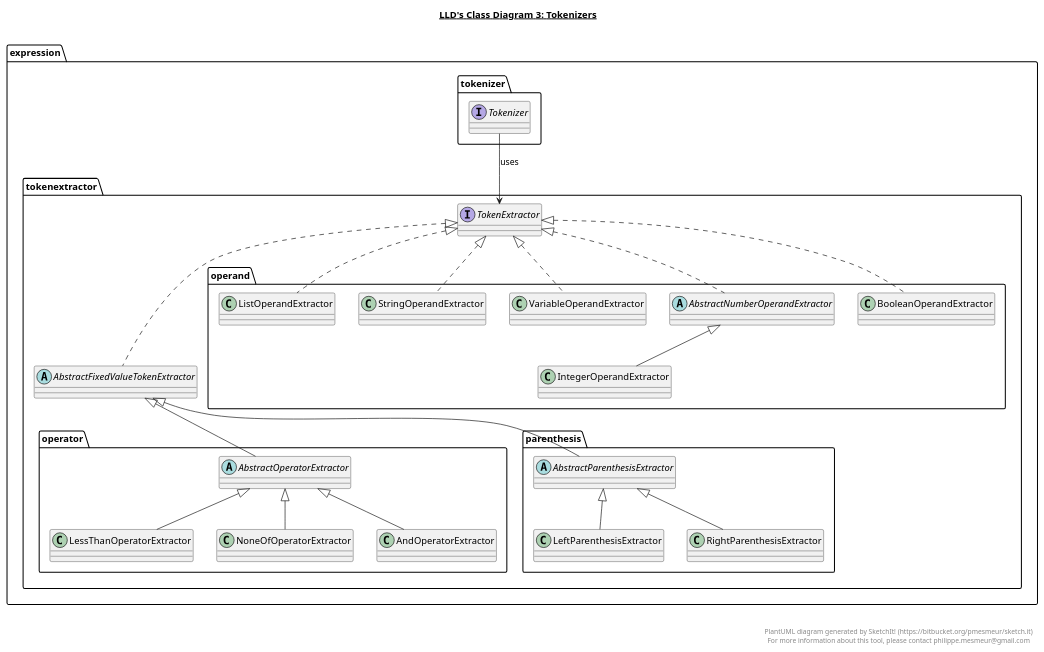
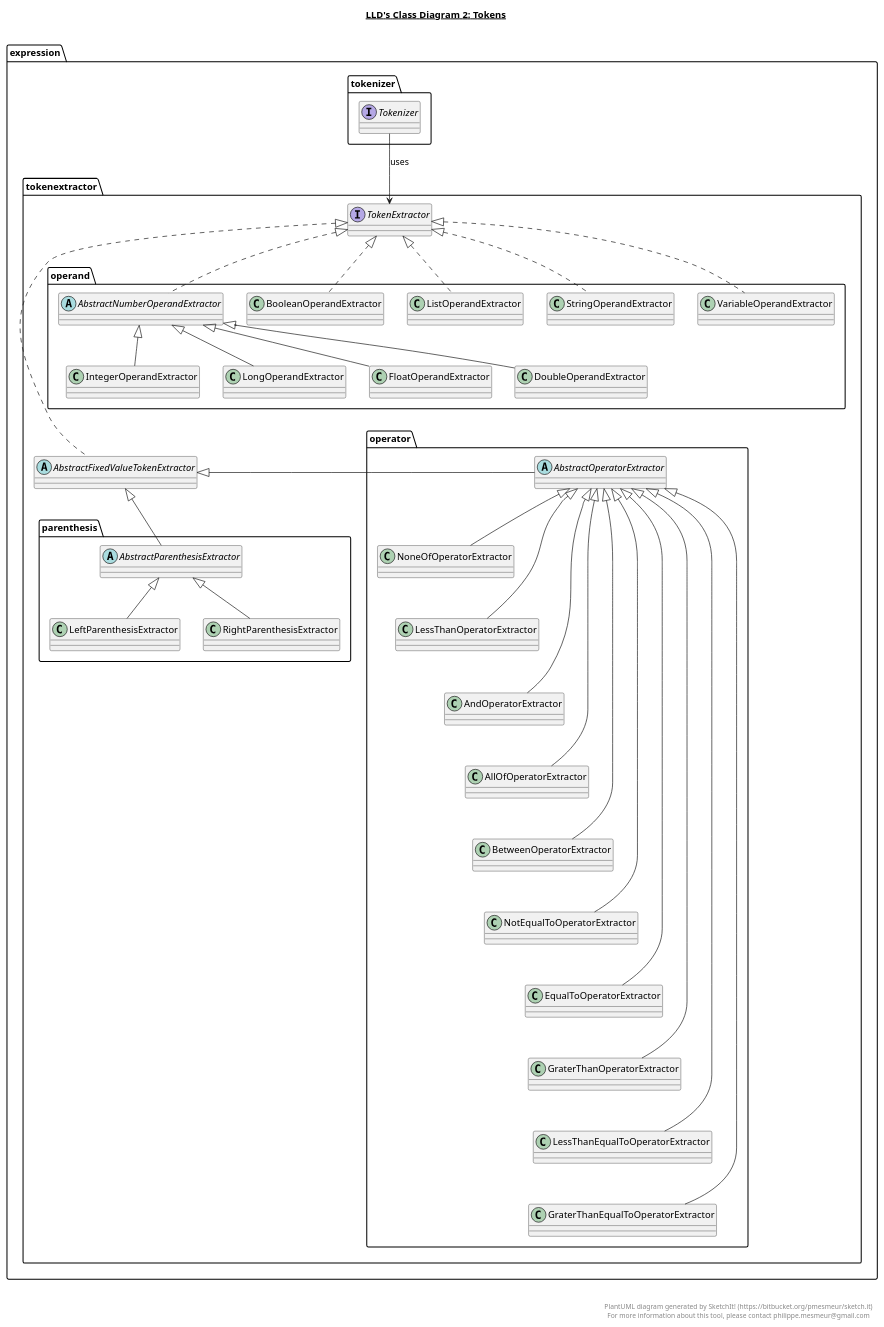
The diagram in lld.plantuml (ankursial/lld), drawn with PlantUML before and after one commit. The commit also changed 2 other files, not shown here.

Commit message:
Update class diagrams

```diff
--- a/lld.plantuml
+++ b/lld.plantuml
@@ -1,91 +1,136 @@
 @startuml
 
-title __LLD's Class Diagram 3: Tokenizers__\n
+title __LLD's Class Diagram 2: Tokens__\n
 
 '  interface expression.converter.ExpressionConverter
 '  interface expression.evaluator.ExpressionEvaluator
 '  interface expression.service.ExpressionService
 '  interface expression.service.UserService
 '  interface expression.service.VariableService
 '  interface expression.tokenizer.Tokenizer
 '  interface expression.token.Token
 '  interface expression.tokenextractor.TokenExtractor
 '
 '  expression.converter.InfixToPostfixConverter .up.|> expression.converter.ExpressionConverter
 '  expression.evaluator.PostfixExpressionEvaluator .up.|> expression.evaluator.ExpressionEvaluator
 '  expression.runner.Main o-- expression.service.ExpressionService : expressionService
 '  expression.service.ExpressionServiceImpl .up.|> expression.service.ExpressionService
 '  expression.service.ExpressionServiceImpl o-- expression.converter.ExpressionConverter : expressionConverter
 '  expression.service.ExpressionServiceImpl o-- expression.evaluator.ExpressionEvaluator : expressionEvaluator
 '  expression.service.ExpressionServiceImpl o-- expression.tokenizer.Tokenizer : tokenizer
 '  expression.service.ExpressionServiceImpl o-- expression.service.VariableService : variableService
 '  expression.service.UserServiceImpl .up.|> expression.service.UserService
 '  expression.service.VariableServiceImpl .up.|> expression.service.VariableService
 '  expression.service.VariableServiceImpl o-- expression.factory.OperandFactory : operandFactory
 '  expression.service.VariableServiceImpl o-- expression.service.UserService : userService
 '    expression.tokenizer.Tokenizer --> expression.token.Token : generates
 '    expression.tokenizer.Tokenizer --> expression.tokenextractor.TokenExtractor : uses
 
 '    interface expression.tokenizer.Tokenizer
 '    interface expression.token.Token
 '    abstract expression.token.operand.AbstractOperand
 '    abstract expression.token.operand.NumberOperand
 '    abstract expression.token.operator.AbstractOperator
 '    abstract expression.token.parenthesis.AbstractParenthesis
 '
-'    expression.tokenizer.Tokenizer --> expression.token.Token : generates
+'  expression.tokenizer.Tokenizer --> expression.token.Token : generates
 '  expression.token.FixedValueToken .up.|> expression.token.Token
 '  expression.token.operand.AbstractOperand .up.|> expression.token.Token
 '  expression.token.operand.BooleanOperand -up-|> expression.token.operand.AbstractOperand
 '  expression.token.operand.IntegerOperand -up-|> expression.token.operand.NumberOperand
 '  expression.token.operand.ListOperand -up-|> expression.token.operand.AbstractOperand
 '  expression.token.operand.NumberOperand -up-|> expression.token.operand.AbstractOperand
 '  expression.token.operand.StringOperand -up-|> expression.token.operand.AbstractOperand
 '  expression.token.operand.VariableOperand -up-|> expression.token.operand.AbstractOperand
 '  expression.token.operator.AbstractOperator -up-|> expression.token.FixedValueToken
 '  expression.token.operator.AndOperator -up-|> expression.token.operator.AbstractOperator
 '  expression.token.operator.LessThanOperator -up-|> expression.token.operator.AbstractOperator
 '  expression.token.operator.NoneOfOperator -up-|> expression.token.operator.AbstractOperator
 '  expression.token.parenthesis.AbstractParenthesis -up-|> expression.token.FixedValueToken
 '  expression.token.parenthesis.LeftParenthesis -up-|> expression.token.parenthesis.AbstractParenthesis
 '  expression.token.parenthesis.RightParenthesis -up-|> expression.token.parenthesis.AbstractParenthesis
+'
+'    expression.token.operand.LongOperand -up-|> expression.token.operand.NumberOperand
+'    expression.token.operand.FloatOperand -up-|> expression.token.operand.NumberOperand
+'    expression.token.operand.DoubleOperand -up-|> expression.token.operand.NumberOperand
+'    expression.token.operator.GraterThanOperator -up-|> expression.token.operator.AbstractOperator
+'    expression.token.operator.GraterThanEqualToOperator -up-|> expression.token.operator.AbstractOperator
+'    expression.token.operator.LessThanEqualToOperator -up-|> expression.token.operator.AbstractOperator
+'    expression.token.operator.EqualToOperator -up-|> expression.token.operator.AbstractOperator
+'    expression.token.operator.NotEqualToOperator -up-|> expression.token.operator.AbstractOperator
+'    expression.token.operator.BetweenOperator -up-|> expression.token.operator.AbstractOperator
+'    expression.token.operator.AllOfOperator -up-|> expression.token.operator.AbstractOperator
+'
+'    expression.token.operator.GraterThanOperator -up[hidden]- expression.token.operator.GraterThanEqualToOperator
+'    expression.token.operator.GraterThanEqualToOperator -up[hidden]- expression.token.operator.LessThanEqualToOperator
+'    expression.token.operator.LessThanEqualToOperator -up[hidden]- expression.token.operator.GraterThanOperator
+'    expression.token.operator.GraterThanOperator -up[hidden]- expression.token.operator.EqualToOperator
+'    expression.token.operator.EqualToOperator -up[hidden]- expression.token.operator.NotEqualToOperator
+'    expression.token.operator.NotEqualToOperator -up[hidden]- expression.token.operator.BetweenOperator
+'    expression.token.operator.BetweenOperator -up[hidden]- expression.token.operator.AllOfOperator
+'    expression.token.operator.AllOfOperator -up[hidden]- expression.token.operator.AndOperator
+'    expression.token.operator.AndOperator -up[hidden]- expression.token.operator.LessThanOperator
+'    expression.token.operator.LessThanOperator -up[hidden]- expression.token.operator.NoneOfOperator
 
 
   interface expression.tokenizer.Tokenizer
   interface expression.tokenextractor.TokenExtractor
   expression.tokenizer.Tokenizer --> expression.tokenextractor.TokenExtractor : uses
 
 
   abstract expression.tokenextractor.AbstractFixedValueTokenExtractor
   abstract expression.tokenextractor.operand.AbstractNumberOperandExtractor
   abstract expression.tokenextractor.operator.AbstractOperatorExtractor
   abstract expression.tokenextractor.parenthesis.AbstractParenthesisExtractor
    expression.tokenextractor.operator.AbstractOperatorExtractor .up[hidden].  expression.tokenextractor.operand.IntegerOperandExtractor
    expression.tokenextractor.parenthesis.AbstractParenthesisExtractor .up[hidden].  expression.tokenextractor.operand.IntegerOperandExtractor
 
 
   expression.tokenextractor.AbstractFixedValueTokenExtractor .up.|> expression.tokenextractor.TokenExtractor
   expression.tokenextractor.operand.AbstractNumberOperandExtractor .up.|> expression.tokenextractor.TokenExtractor
   expression.tokenextractor.operand.BooleanOperandExtractor .up.|> expression.tokenextractor.TokenExtractor
   expression.tokenextractor.operand.IntegerOperandExtractor -up-|> expression.tokenextractor.operand.AbstractNumberOperandExtractor
   expression.tokenextractor.operand.ListOperandExtractor .up.|> expression.tokenextractor.TokenExtractor
   expression.tokenextractor.operand.StringOperandExtractor .up.|> expression.tokenextractor.TokenExtractor
   expression.tokenextractor.operand.VariableOperandExtractor .up.|> expression.tokenextractor.TokenExtractor
-  expression.tokenextractor.operator.AbstractOperatorExtractor -up-|> expression.tokenextractor.AbstractFixedValueTokenExtractor
+  expression.tokenextractor.operator.AbstractOperatorExtractor -right-|> expression.tokenextractor.AbstractFixedValueTokenExtractor
   expression.tokenextractor.operator.AndOperatorExtractor -up-|> expression.tokenextractor.operator.AbstractOperatorExtractor
   expression.tokenextractor.operator.LessThanOperatorExtractor -up-|> expression.tokenextractor.operator.AbstractOperatorExtractor
   expression.tokenextractor.operator.NoneOfOperatorExtractor -up-|> expression.tokenextractor.operator.AbstractOperatorExtractor
   expression.tokenextractor.parenthesis.AbstractParenthesisExtractor -up-|> expression.tokenextractor.AbstractFixedValueTokenExtractor
   expression.tokenextractor.parenthesis.LeftParenthesisExtractor -up-|> expression.tokenextractor.parenthesis.AbstractParenthesisExtractor
   expression.tokenextractor.parenthesis.RightParenthesisExtractor -up-|> expression.tokenextractor.parenthesis.AbstractParenthesisExtractor
+
+    expression.tokenextractor.operand.LongOperandExtractor -up-|> expression.tokenextractor.operand.AbstractNumberOperandExtractor
+    expression.tokenextractor.operand.FloatOperandExtractor -up-|> expression.tokenextractor.operand.AbstractNumberOperandExtractor
+    expression.tokenextractor.operand.DoubleOperandExtractor -up-|> expression.tokenextractor.operand.AbstractNumberOperandExtractor
+    expression.tokenextractor.operator.GraterThanOperatorExtractor -up-|> expression.tokenextractor.operator.AbstractOperatorExtractor
+    expression.tokenextractor.operator.GraterThanEqualToOperatorExtractor -up-|> expression.tokenextractor.operator.AbstractOperatorExtractor
+    expression.tokenextractor.operator.LessThanEqualToOperatorExtractor -up-|> expression.tokenextractor.operator.AbstractOperatorExtractor
+    expression.tokenextractor.operator.EqualToOperatorExtractor -up-|> expression.tokenextractor.operator.AbstractOperatorExtractor
+    expression.tokenextractor.operator.NotEqualToOperatorExtractor -up-|> expression.tokenextractor.operator.AbstractOperatorExtractor
+    expression.tokenextractor.operator.BetweenOperatorExtractor -up-|> expression.tokenextractor.operator.AbstractOperatorExtractor
+    expression.tokenextractor.operator.AllOfOperatorExtractor -up-|> expression.tokenextractor.operator.AbstractOperatorExtractor
+
+    expression.tokenextractor.operator.GraterThanOperatorExtractor -up[hidden]- expression.tokenextractor.operator.GraterThanEqualToOperatorExtractor
+    expression.tokenextractor.operator.GraterThanEqualToOperatorExtractor -up[hidden]- expression.tokenextractor.operator.LessThanEqualToOperatorExtractor
+    expression.tokenextractor.operator.LessThanEqualToOperatorExtractor -up[hidden]- expression.tokenextractor.operator.GraterThanOperatorExtractor
+    expression.tokenextractor.operator.GraterThanOperatorExtractor -up[hidden]- expression.tokenextractor.operator.EqualToOperatorExtractor
+    expression.tokenextractor.operator.EqualToOperatorExtractor -up[hidden]- expression.tokenextractor.operator.NotEqualToOperatorExtractor
+    expression.tokenextractor.operator.NotEqualToOperatorExtractor -up[hidden]- expression.tokenextractor.operator.BetweenOperatorExtractor
+    expression.tokenextractor.operator.BetweenOperatorExtractor -up[hidden]- expression.tokenextractor.operator.AllOfOperatorExtractor
+    expression.tokenextractor.operator.AllOfOperatorExtractor -up[hidden]- expression.tokenextractor.operator.AndOperatorExtractor
+    expression.tokenextractor.operator.AndOperatorExtractor -up[hidden]- expression.tokenextractor.operator.LessThanOperatorExtractor
+    expression.tokenextractor.operator.LessThanOperatorExtractor -up[hidden]- expression.tokenextractor.operator.NoneOfOperatorExtractor
+
 '  expression.tokenizer.TokenizerImpl .up.|> expression.tokenizer.Tokenizer
 
 
 right footer
 
 
 PlantUML diagram generated by SketchIt! (https://bitbucket.org/pmesmeur/sketch.it)
 For more information about this tool, please contact philippe.mesmeur@gmail.com
 endfooter
 
 @enduml
```
